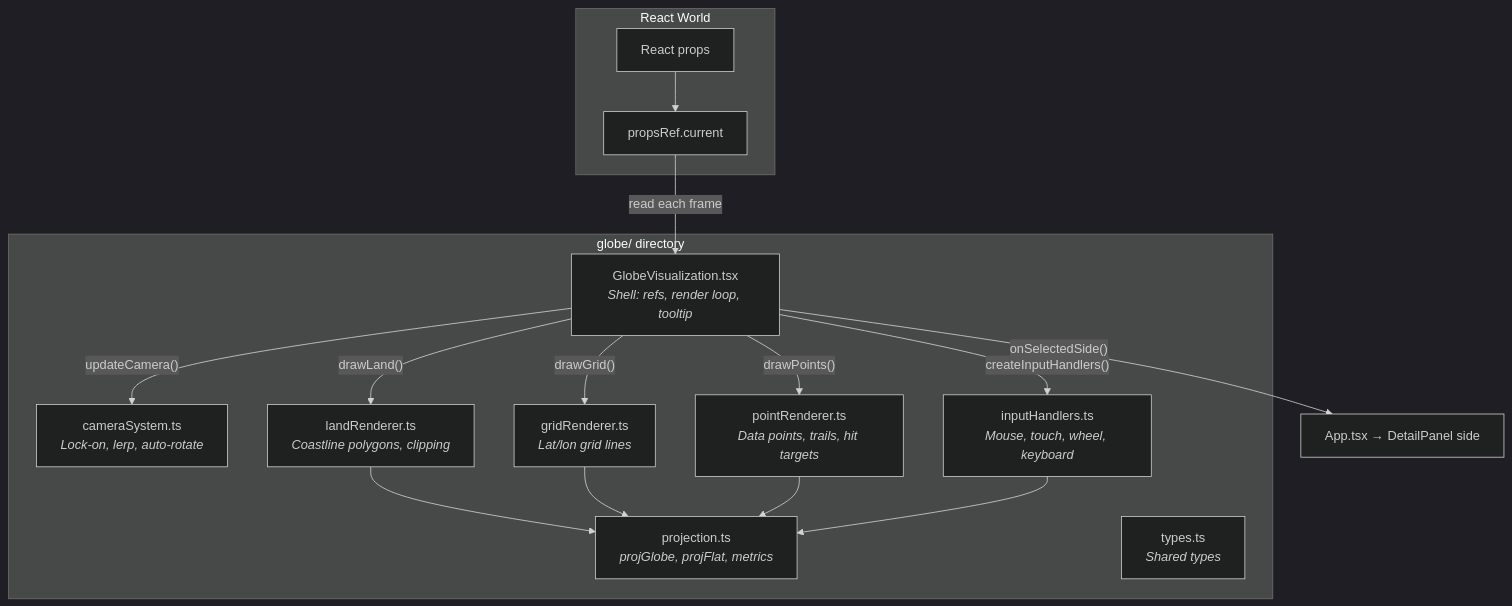
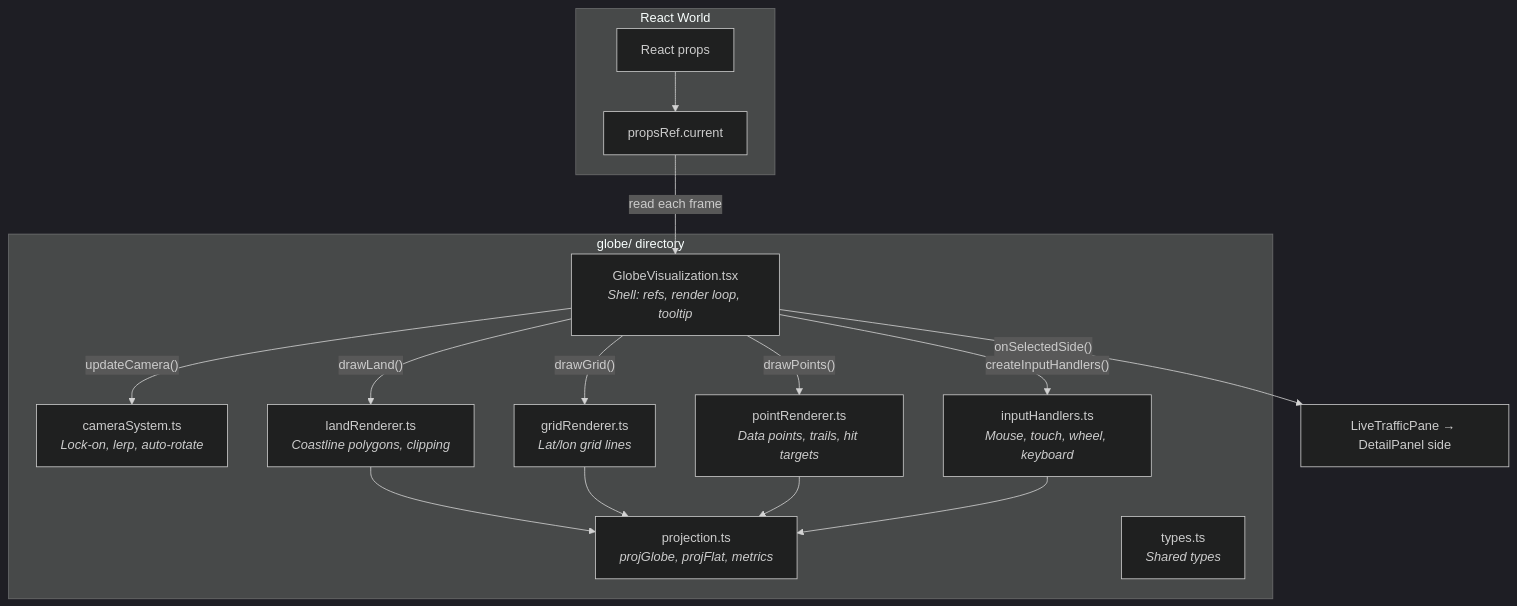
Before and after one commit to iiTONELOC/sigint: the seventh of 14 diagrams in docs/architecture.md, drawn with Mermaid (dark theme). The commit also changed other lines of this file and 13 other files, not shown here.

First line of the commit message:
refactor: extract LiveTrafficPane, restructure aircraft feature

````diff
--- a/docs/architecture.md
+++ b/docs/architecture.md
@@ -372,29 +393,29 @@
 ```mermaid
 flowchart TD
     subgraph "globe/ directory"
         Shell["GlobeVisualization.tsx<br/><i>Shell: refs, render loop, tooltip</i>"]
         Camera["cameraSystem.ts<br/><i>Lock-on, lerp, auto-rotate</i>"]
         Input["inputHandlers.ts<br/><i>Mouse, touch, wheel, keyboard</i>"]
         Points["pointRenderer.ts<br/><i>Data points, trails, hit targets</i>"]
         Land["landRenderer.ts<br/><i>Coastline polygons, clipping</i>"]
         Grid["gridRenderer.ts<br/><i>Lat/lon grid lines</i>"]
         Proj["projection.ts<br/><i>projGlobe, projFlat, metrics</i>"]
         Types["types.ts<br/><i>Shared types</i>"]
     end
 
     subgraph "React World"
         Props["React props"] --> PropsRef["propsRef.current"]
     end
 
     PropsRef -->|"read each frame"| Shell
     Shell -->|"updateCamera()"| Camera
     Shell -->|"drawLand()"| Land
     Shell -->|"drawGrid()"| Grid
     Shell -->|"drawPoints()"| Points
     Shell -->|"createInputHandlers()"| Input
-    Shell -->|"onSelectedSide()"| App["App.tsx → DetailPanel side"]
+    Shell -->|"onSelectedSide()"| Pane["LiveTrafficPane → DetailPanel side"]
     Land --> Proj
     Grid --> Proj
     Points --> Proj
     Input --> Proj
 ```
````
